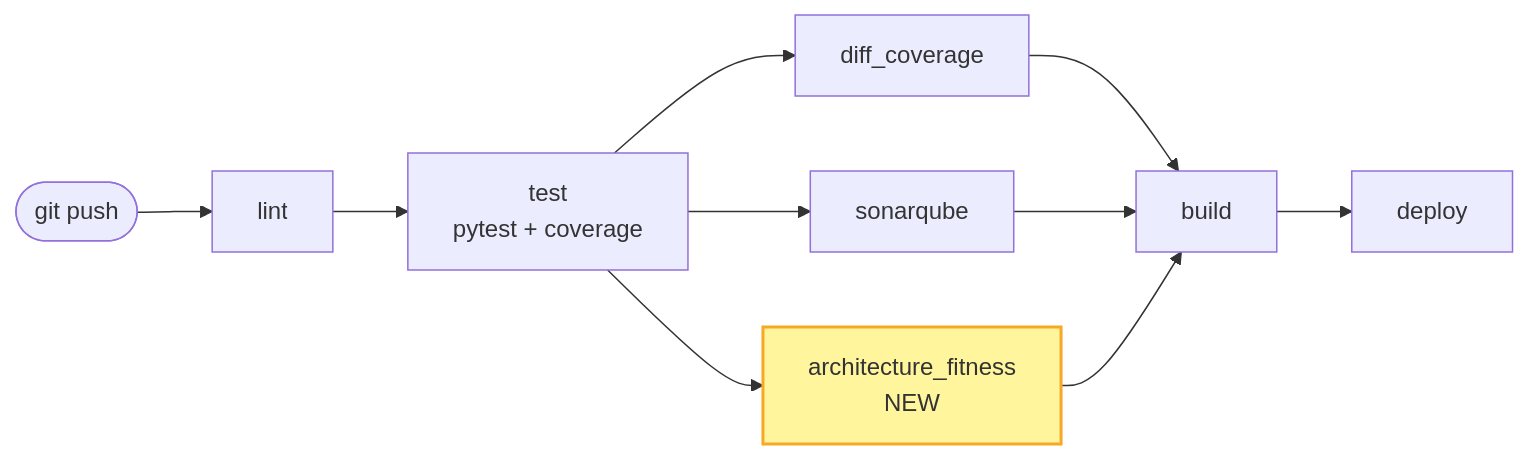
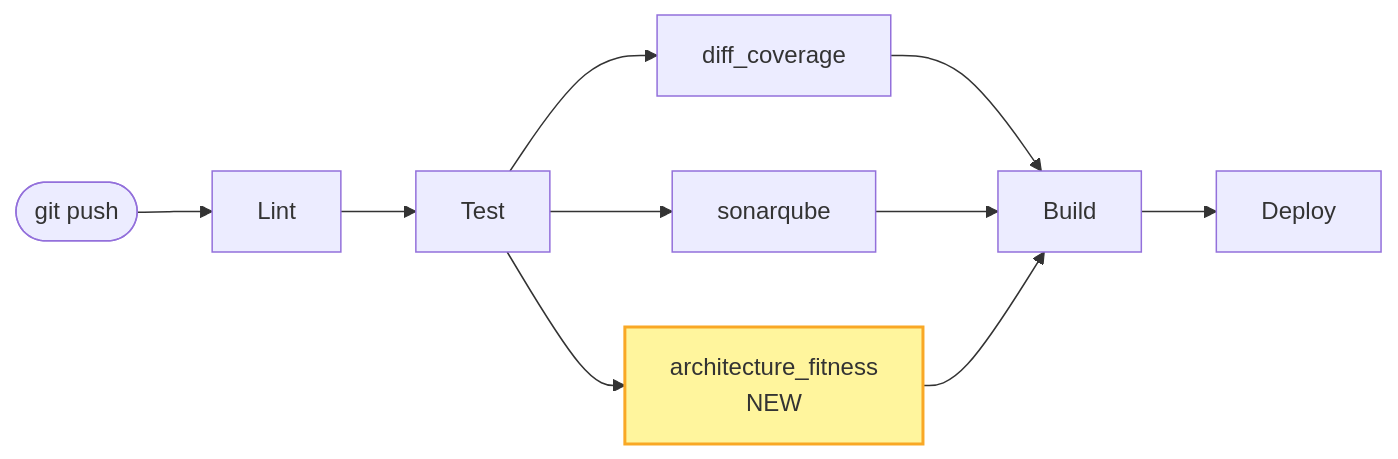
Before and after one commit to HusinHakim/blog-husin: the fifth of 6 diagrams in content/post/refactoring-fitness-functions.md, drawn with Mermaid. The commit also changed other lines of this file, not shown here.

```diff
--- a/content/post/refactoring-fitness-functions.md
+++ b/content/post/refactoring-fitness-functions.md
@@ -239,14 +165,11 @@
 {{< mermaid >}}
 flowchart LR
-    Push([git push]) --> Lint[lint]
-    Lint --> Test[test<br/>pytest + coverage]
-    Test --> Q1[diff_coverage]
+    Push([git push]) --> Lint --> Test --> Q1[diff_coverage]
     Test --> Q2[sonarqube]
     Test --> Q3[architecture_fitness<br/>NEW]
-    Q1 --> Build[build]
+    Q1 --> Build --> Deploy
     Q2 --> Build
     Q3 --> Build
-    Build --> Deploy[deploy]
     classDef new fill:#fff59d,stroke:#f9a825,stroke-width:2px
     class Q3 new
 {{< /mermaid >}}
```
